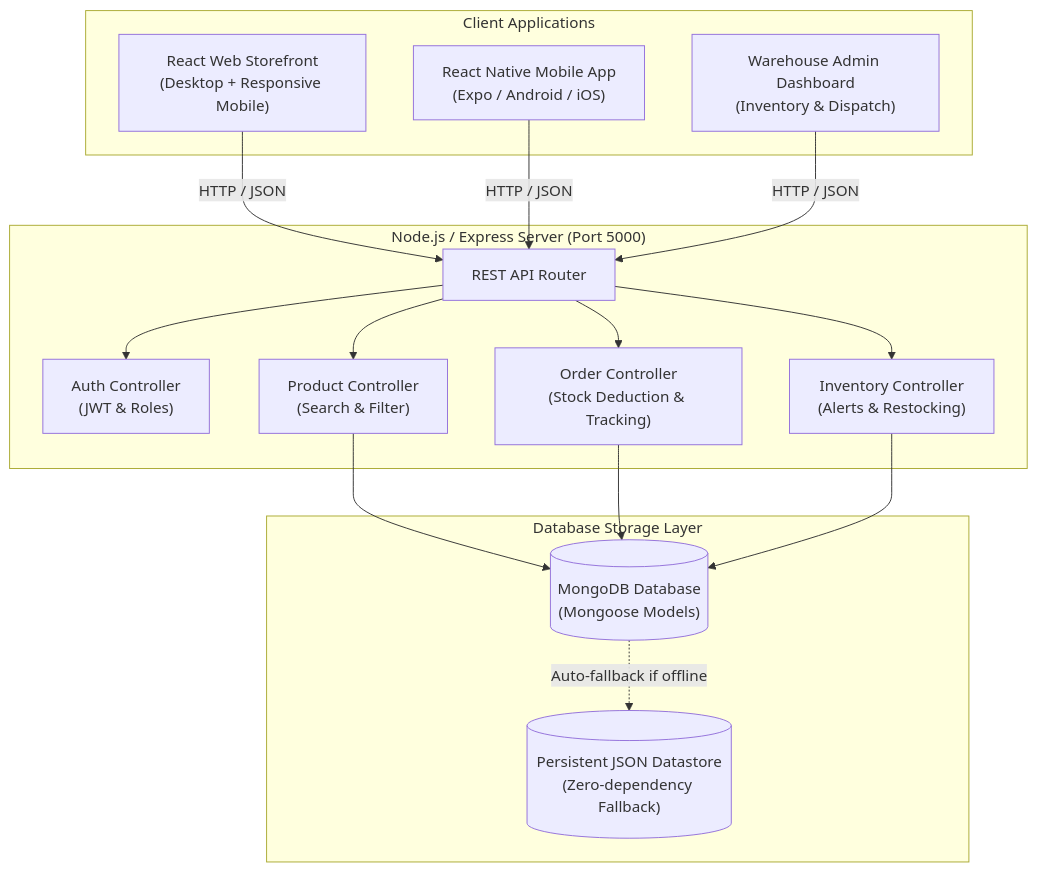
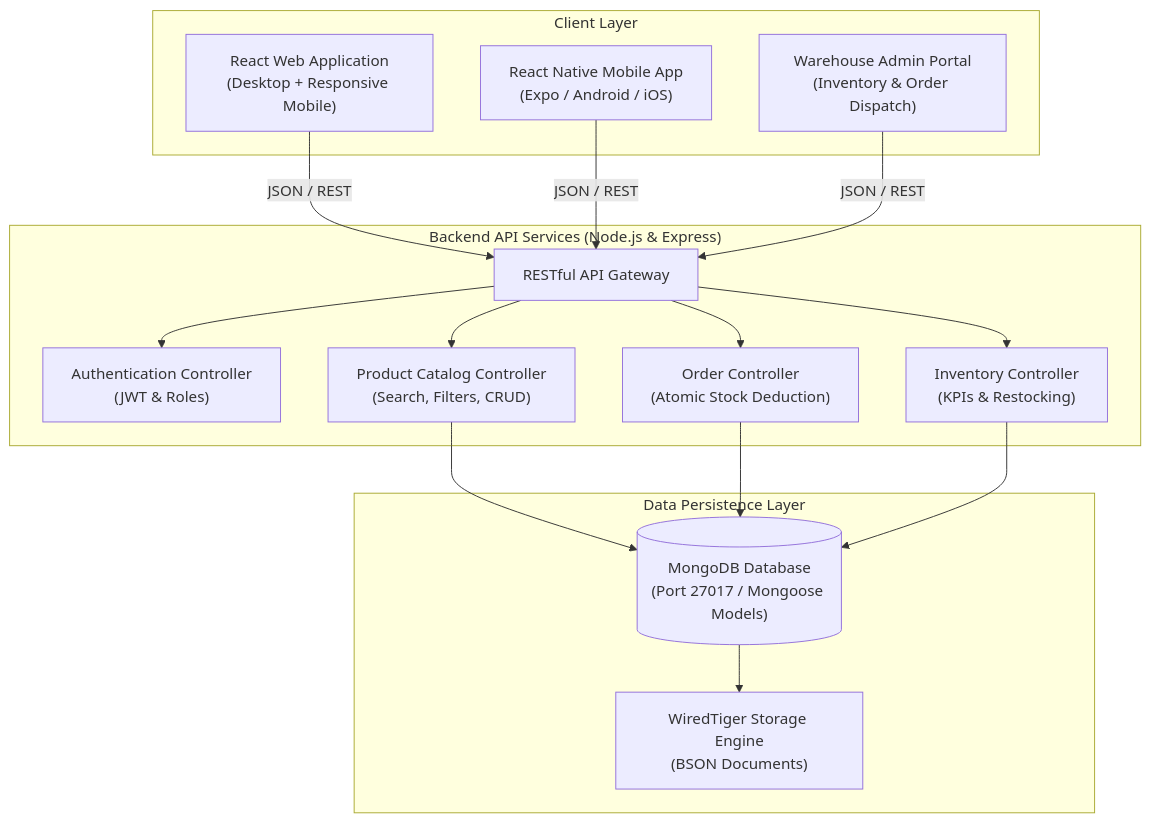
One commit to PSYASHAS/grocerydelivweb changed the diagram in README.md. Above: the diagram before and after it, drawn with Mermaid. The commit also changed other lines of this file and 29 other files, not shown here.

````diff
--- a/README.md
+++ b/README.md
@@ -27,36 +45,35 @@
 ```mermaid
 flowchart TD
-    subgraph FrontendClients["Client Applications"]
-        WebApp["React Web Storefront\n(Desktop + Responsive Mobile)"]
+    subgraph Clients["Client Layer"]
+        WebApp["React Web Application\n(Desktop + Responsive Mobile)"]
         MobileApp["React Native Mobile App\n(Expo / Android / iOS)"]
-        AdminDashboard["Warehouse Admin Dashboard\n(Inventory & Dispatch)"]
+        AdminDashboard["Warehouse Admin Portal\n(Inventory & Order Dispatch)"]
     end
 
-    subgraph BackendServices["Node.js / Express Server (Port 5000)"]
-        Router["REST API Router"]
-        AuthController["Auth Controller\n(JWT & Roles)"]
-        ProductController["Product Controller\n(Search & Filter)"]
-        OrderController["Order Controller\n(Stock Deduction & Tracking)"]
-        InventoryController["Inventory Controller\n(Alerts & Restocking)"]
+    subgraph BackendServices["Backend API Services (Node.js & Express)"]
+        Router["RESTful API Gateway"]
+        AuthController["Authentication Controller\n(JWT & Roles)"]
+        ProductController["Product Catalog Controller\n(Search, Filters, CRUD)"]
+        OrderController["Order Controller\n(Atomic Stock Deduction)"]
+        InventoryController["Inventory Controller\n(KPIs & Restocking)"]
     end
 
-    subgraph DataLayer["Database Storage Layer"]
-        MongoDB[("MongoDB Database\n(Mongoose Models)")]
-        FallbackStore[("Persistent JSON Datastore\n(Zero-dependency Fallback)")]
+    subgraph DatabaseLayer["Data Persistence Layer"]
+        MongoDB[("MongoDB Database\n(Port 27017 / Mongoose Models)")]
+        Storage["WiredTiger Storage Engine\n(BSON Documents)"]
     end
 
-    WebApp -->|HTTP / JSON| Router
-    MobileApp -->|HTTP / JSON| Router
-    AdminDashboard -->|HTTP / JSON| Router
+    WebApp -->|JSON / REST| Router
+    MobileApp -->|JSON / REST| Router
+    AdminDashboard -->|JSON / REST| Router
 
     Router --> AuthController
     Router --> ProductController
     Router --> OrderController
     Router --> InventoryController
 
     ProductController --> MongoDB
     OrderController --> MongoDB
     InventoryController --> MongoDB
-
-    MongoDB -.->|Auto-fallback if offline| FallbackStore
+    MongoDB --> Storage
 ```
````
